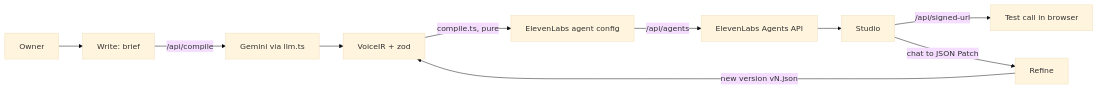
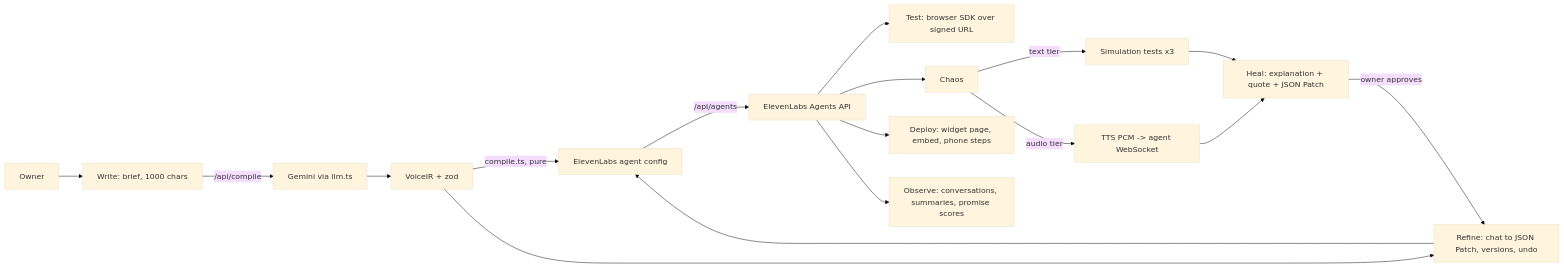
Before and after one commit to Ansh-Goyal01/Vani-Forge: the diagram in README.md, drawn with Mermaid (base theme). The commit also changed other lines of this file and 9 other files, not shown here.

````diff
--- a/README.md
+++ b/README.md
@@ -30,12 +41,19 @@
 ```mermaid
 flowchart LR
-  Owner --> Write[Write: brief]
+  Owner --> Write[Write: brief, 1000 chars]
   Write -->|/api/compile| Gemini[Gemini via llm.ts]
   Gemini --> IR[VoiceIR + zod]
   IR -->|compile.ts, pure| Cfg[ElevenLabs agent config]
   Cfg -->|/api/agents| EL[ElevenLabs Agents API]
-  EL --> Studio
-  Studio -->|/api/signed-url| Test[Test call in browser]
-  Studio -->|chat to JSON Patch| Refine
-  Refine -->|new version vN.json| IR
+  EL --> Test[Test: browser SDK over signed URL]
+  IR --> Refine[Refine: chat to JSON Patch, versions, undo]
+  Refine --> Cfg
+  EL --> Chaos
+  Chaos -->|text tier| Sim[Simulation tests x3]
+  Chaos -->|audio tier| WS[TTS PCM -> agent WebSocket]
+  Sim --> Heal
+  WS --> Heal
+  Heal[Heal: explanation + quote + JSON Patch] -->|owner approves| Refine
+  EL --> Deploy[Deploy: widget page, embed, phone steps]
+  EL --> Observe[Observe: conversations, summaries, promise scores]
 ```
````
